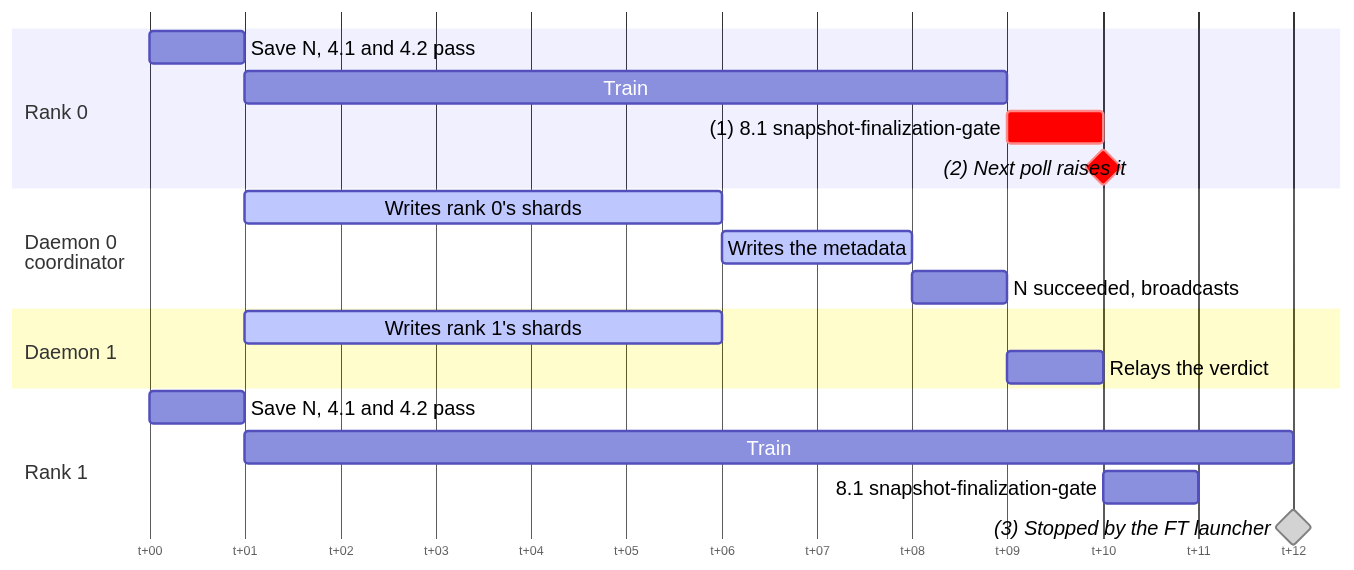
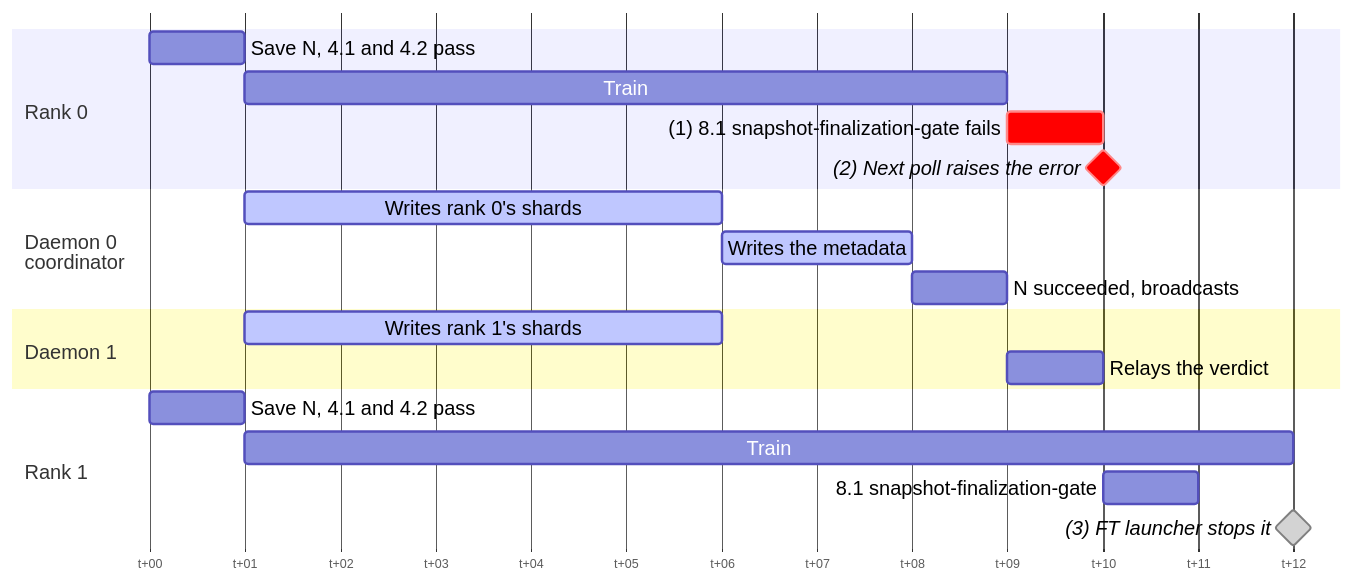
Before and after one commit to ankurv-nvidia/nvrx_checkpointing: diagram 12 of 14 in docs/Design.md, drawn with Mermaid. The commit also changed other lines of this file, not shown here.

Commit message:
Update diagrams

````diff
--- a/docs/Design.md
+++ b/docs/Design.md
@@ -719,28 +715,28 @@
 ```mermaid
-%%{init: {"gantt": {"fontSize": 16, "sectionFontSize": 16, "barHeight": 26, "barGap": 6, "leftPadding": 110, "topPadding": 40}}}%%
+%%{init: {"gantt": {"fontSize": 16, "sectionFontSize": 16, "barHeight": 26, "barGap": 6, "leftPadding": 110, "topPadding": 50}}}%%
 gantt
     dateFormat HH:mm
     axisFormat t+%M
     todayMarker off
 
     section Rank 0
-    Save N, 4.1 and 4.2 pass            :r0a, 00:00, 1m
-    Train                               :r0b, 00:01, 8m
-    (1) 8.1 snapshot-finalization-gate  :crit, r0c, 00:09, 1m
-    (2) Next poll raises it             :crit, milestone, r0d, 00:10, 0m
+    Save N, 4.1 and 4.2 pass                  :r0a, 00:00, 1m
+    Train                                     :r0b, 00:01, 8m
+    (1) 8.1 snapshot-finalization-gate fails  :crit, r0c, 00:09, 1m
+    (2) Next poll raises the error            :crit, milestone, r0d, 00:10, 0m
 
     section Daemon 0<br>coordinator
-    Writes rank 0's shards              :active, d0a, 00:01, 5m
-    Writes the metadata                 :active, d0b, 00:06, 2m
-    N succeeded, broadcasts             :d0c, 00:08, 1m
+    Writes rank 0's shards                    :active, d0a, 00:01, 5m
+    Writes the metadata                       :active, d0b, 00:06, 2m
+    N succeeded, broadcasts                   :d0c, 00:08, 1m
 
     section Daemon 1
-    Writes rank 1's shards              :active, d1a, 00:01, 5m
-    Relays the verdict                  :d1b, 00:09, 1m
+    Writes rank 1's shards                    :active, d1a, 00:01, 5m
+    Relays the verdict                        :d1b, 00:09, 1m
 
     section Rank 1
-    Save N, 4.1 and 4.2 pass            :r1a, 00:00, 1m
-    Train                               :r1b, 00:01, 11m
-    8.1 snapshot-finalization-gate      :r1c, 00:10, 1m
-    (3) Stopped by the FT launcher      :done, milestone, r1d, 00:12, 0m
+    Save N, 4.1 and 4.2 pass                  :r1a, 00:00, 1m
+    Train                                     :r1b, 00:01, 11m
+    8.1 snapshot-finalization-gate            :r1c, 00:10, 1m
+    (3) FT launcher stops it                  :done, milestone, r1d, 00:12, 0m
 ```
````
